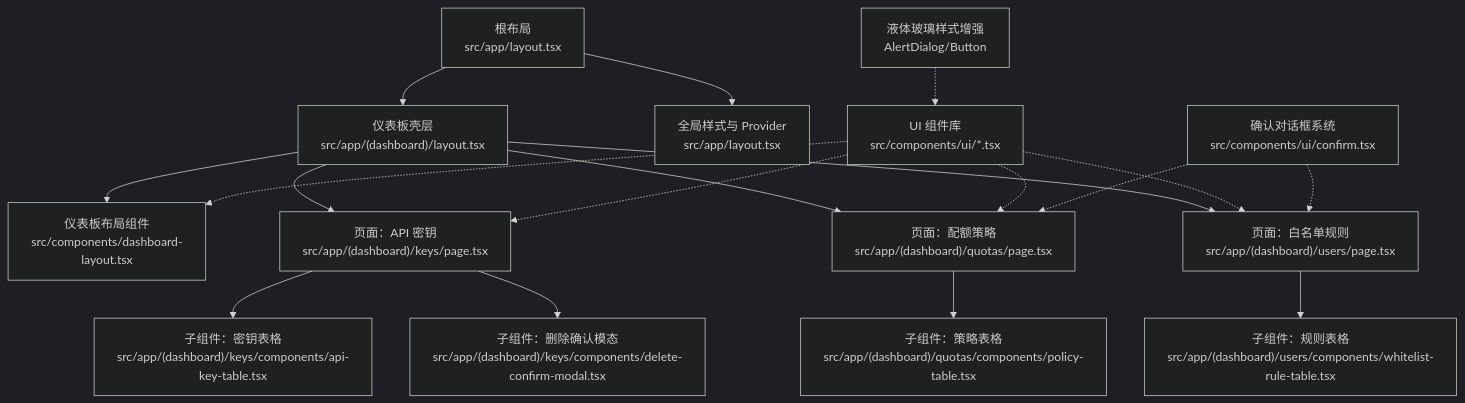
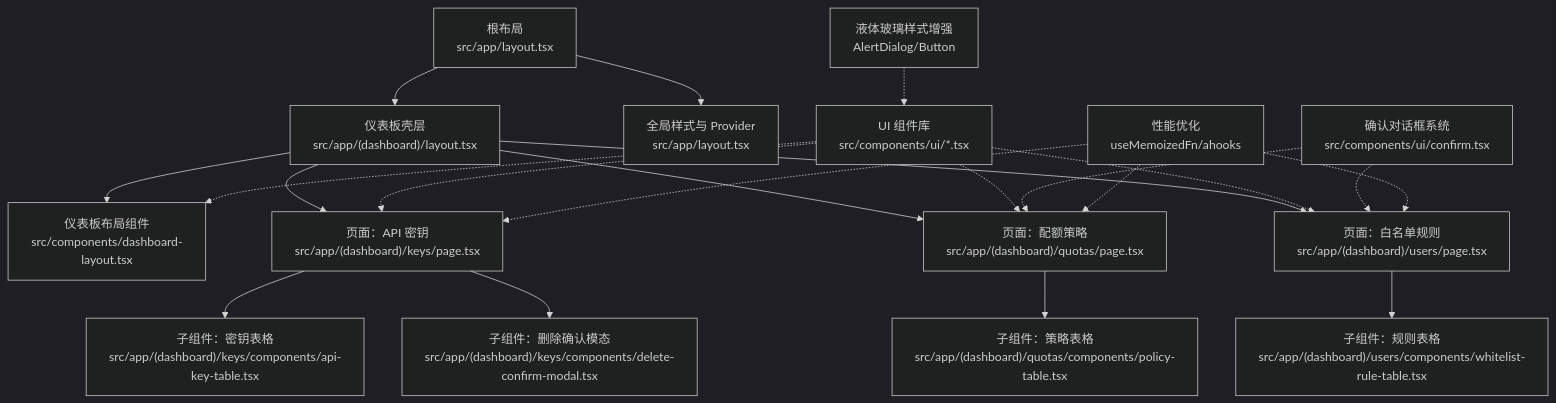
The first of 7 diagrams in .qoder/repowiki/zh/content/前端组件/前端组件.md (RadiumAg/AIGate), drawn with Mermaid (dark theme) before and after one commit. The commit also changed other lines of this file and 4 other files, not shown here.

````diff
--- a/.qoder/repowiki/zh/content/前端组件/前端组件.md
+++ b/.qoder/repowiki/zh/content/前端组件/前端组件.md
@@ -67,20 +73,23 @@
 ```mermaid
 graph TB
 A["根布局<br/>src/app/layout.tsx"] --> B["仪表板壳层<br/>src/app/(dashboard)/layout.tsx"]
 B --> C["仪表板布局组件<br/>src/components/dashboard-layout.tsx"]
 B --> D["页面：API 密钥<br/>src/app/(dashboard)/keys/page.tsx"]
 D --> E["子组件：密钥表格<br/>src/app/(dashboard)/keys/components/api-key-table.tsx"]
 D --> F["子组件：删除确认模态<br/>src/app/(dashboard)/keys/components/delete-confirm-modal.tsx"]
 B --> G["页面：配额策略<br/>src/app/(dashboard)/quotas/page.tsx"]
 G --> H["子组件：策略表格<br/>src/app/(dashboard)/quotas/components/policy-table.tsx"]
 B --> I["页面：白名单规则<br/>src/app/(dashboard)/users/page.tsx"]
 I --> J["子组件：规则表格<br/>src/app/(dashboard)/users/components/whitelist-rule-table.tsx"]
 A --> K["全局样式与 Provider<br/>src/app/layout.tsx"]
 L["UI 组件库<br/>src/components/ui/*.tsx"] -.-> C
 L -.-> D
 L -.-> G
 L -.-> I
 M["确认对话框系统<br/>src/components/ui/confirm.tsx"] -.-> G
 M -.-> I
 N["液体玻璃样式增强<br/>AlertDialog/Button"] -.-> L
+O["性能优化<br/>useMemoizedFn/ahooks"] -.-> D
+O -.-> G
+O -.-> I
 ```
````
